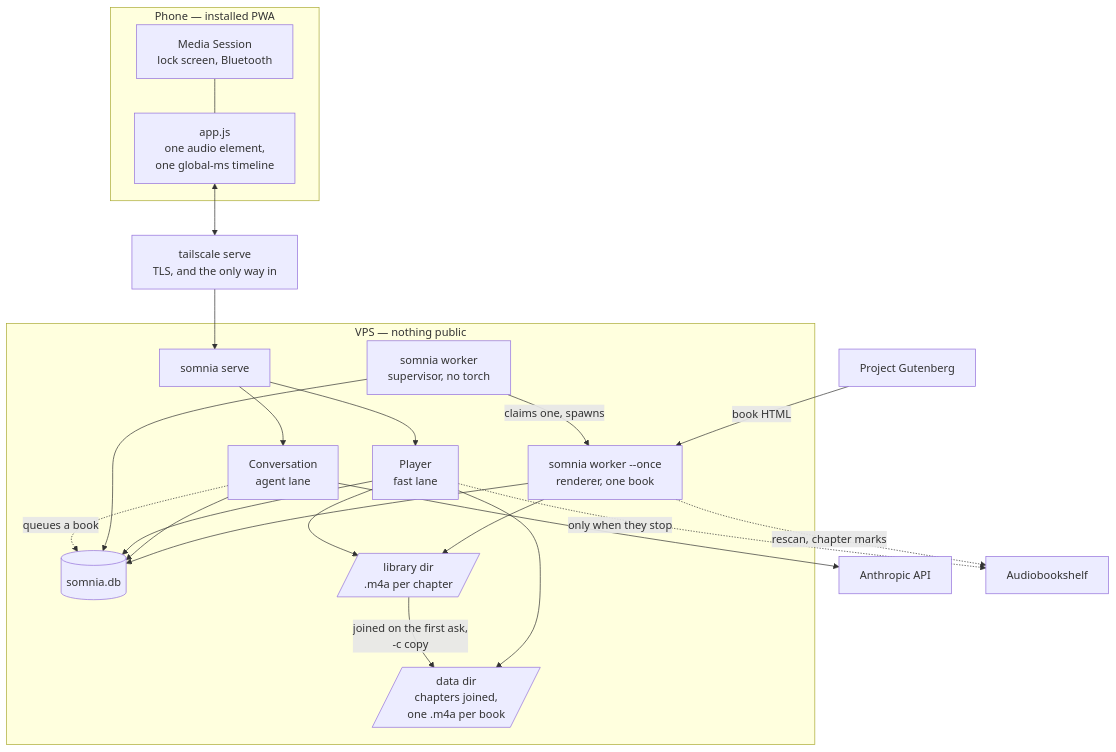
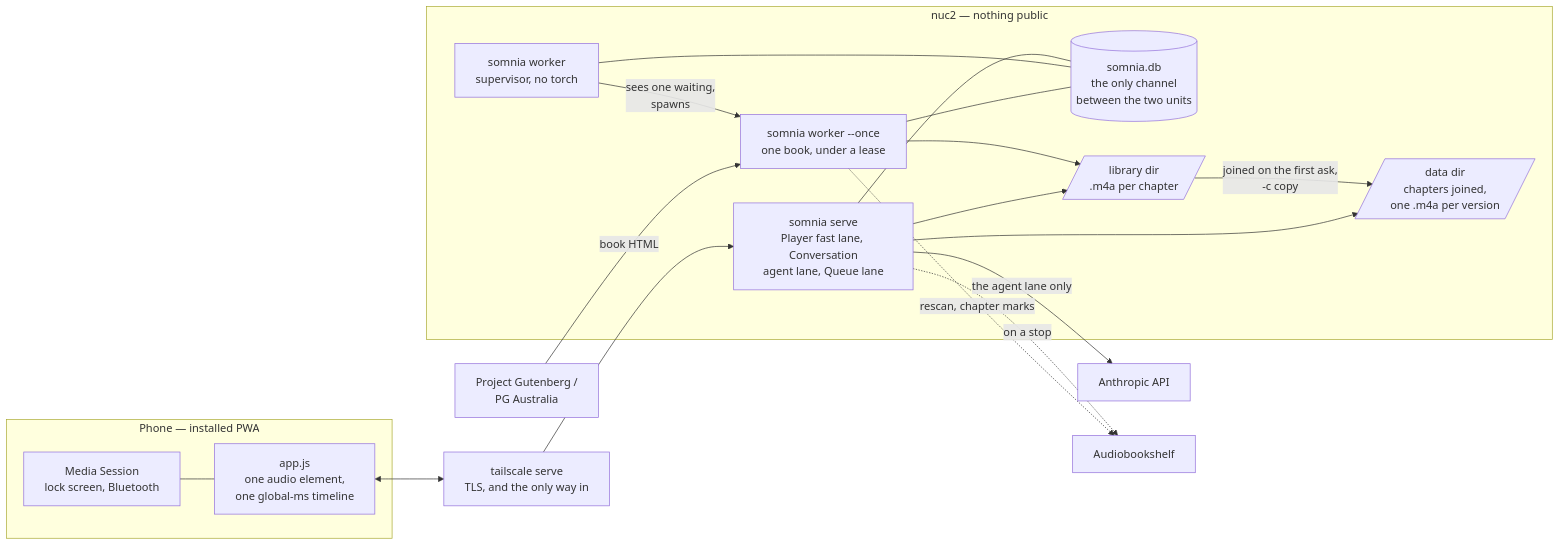
One commit to gilesknap/somnia changed the first of 5 diagrams in docs/explanations/architecture.md. Above: the diagram before and after it, drawn with Mermaid. The commit also changed other lines of this file, not shown here.

````diff
--- a/docs/explanations/architecture.md
+++ b/docs/explanations/architecture.md
@@ -31,39 +31,36 @@
 ```mermaid
-flowchart TB
+flowchart LR
   subgraph Phone["Phone — installed PWA"]
     ms["Media Session<br>lock screen, Bluetooth"] --- page["app.js<br>one audio element,<br>one global-ms timeline"]
   end
 
   ts["tailscale serve<br>TLS, and the only way in"]
 
-  subgraph VPS["VPS — nothing public"]
-    serve["somnia serve"]
-    player["Player<br>fast lane"]
-    agent["Conversation<br>agent lane"]
+  subgraph Box["nuc2 — nothing public"]
+    serve["somnia serve<br>Player fast lane, Conversation<br>agent lane, Queue lane"]
     worker["somnia worker<br>supervisor, no torch"]
-    ingest["somnia worker --once<br>renderer, one book"]
-    db[("somnia.db")]
+    child["somnia worker --once<br>one book, under a lease"]
+    db[("somnia.db<br>the only channel<br>between the two units")]
     files[/"library dir<br>.m4a per chapter"/]
-    joins[/"data dir<br>chapters joined,<br>one .m4a per book"/]
+    joins[/"data dir<br>chapters joined,<br>one .m4a per version"/]
   end
 
+  gut["Project Gutenberg /<br>PG Australia"]
   api["Anthropic API"]
-  gut["Project Gutenberg"]
   abs["Audiobookshelf"]
 
   page <--> ts
   ts --> serve
-  serve --> player & agent
-  agent --> api
-  agent -.->|"queues a book"| db
-  worker -->|"claims one, spawns"| ingest
-  worker --> db
-  gut -->|"book HTML"| ingest
-  player --> db & files
+  worker -->|"sees one waiting,<br>spawns"| child
+  gut -->|"book HTML"| child
+  serve --- db
+  worker --- db
+  child --- db
+  child --> files
+  serve --> files
   files -->|"joined on the first ask,<br>-c copy"| joins
-  player --> joins
-  agent --> db
-  ingest --> db & files
-  player -.->|"only when they stop"| abs
-  ingest -.->|"rescan, chapter marks"| abs
+  serve --> joins
+  serve -->|"the agent lane only"| api
+  serve -.->|"on a stop"| abs
+  child -.->|"rescan, chapter marks"| abs
 ```
````
